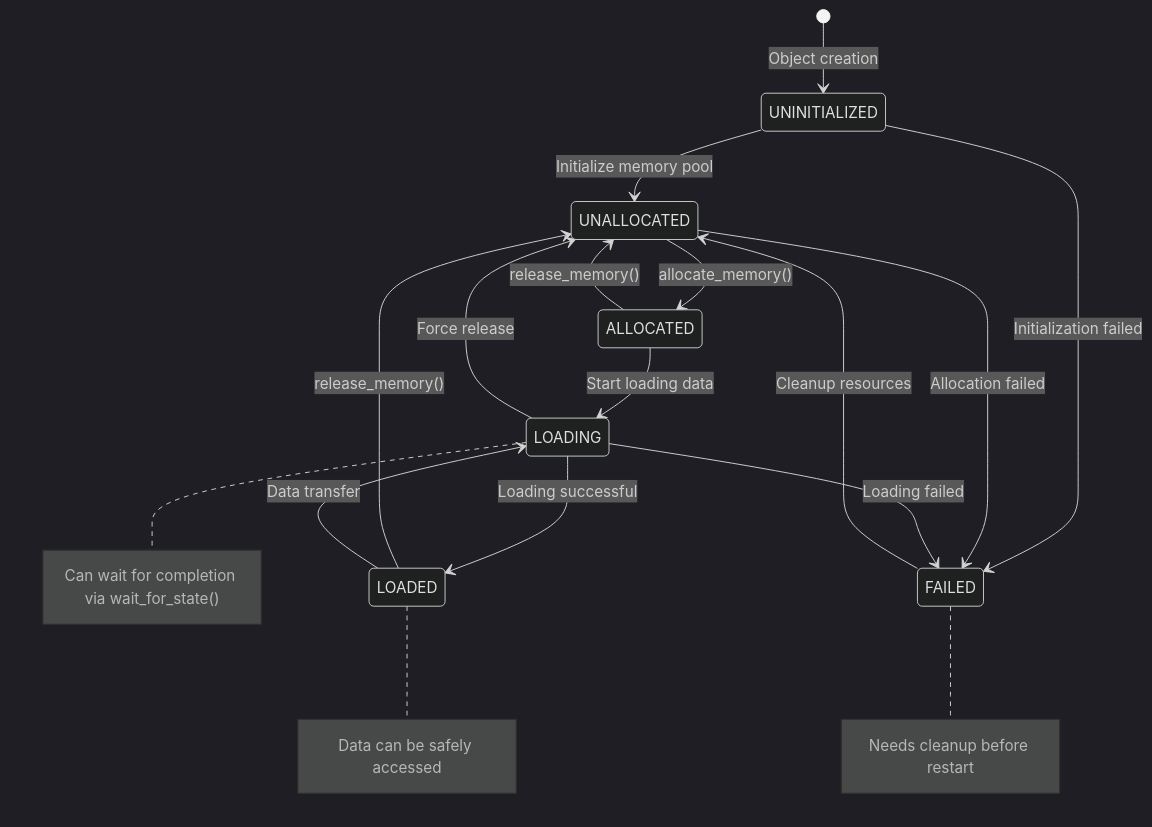
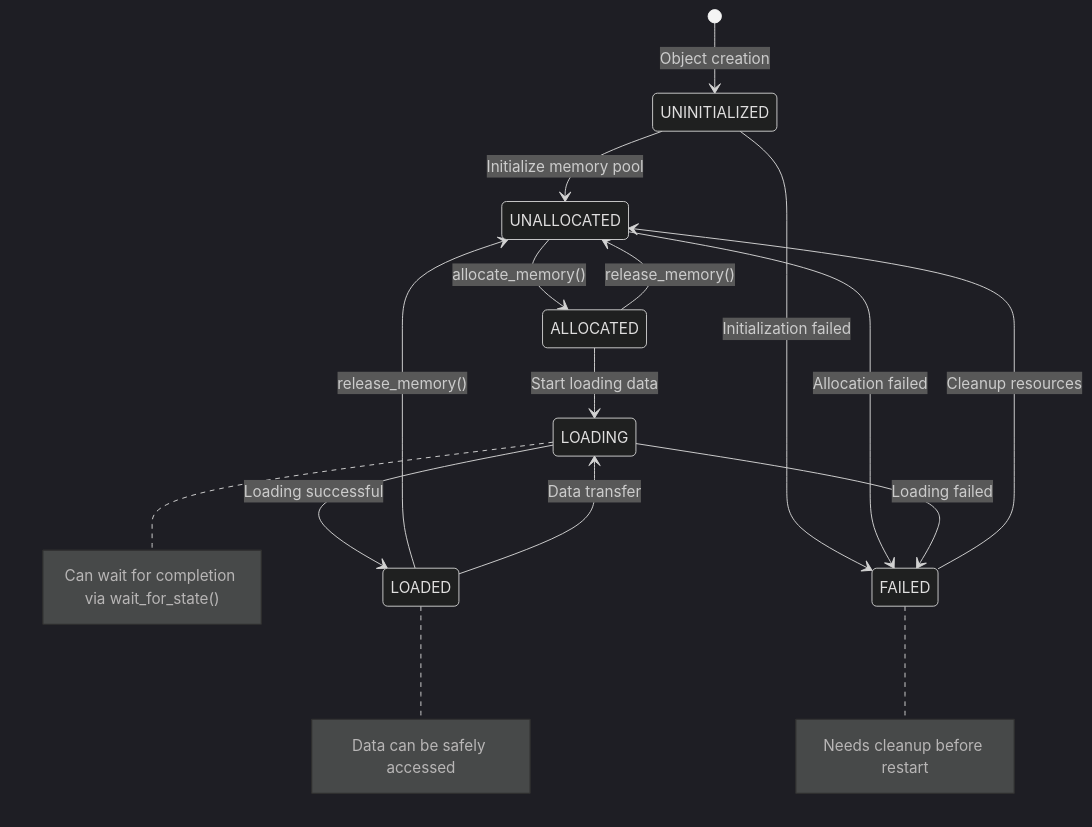
Before and after one commit to tensorcast-ai/tensorcast: the first of 7 diagrams in core/store/docs/state-management.md, drawn with Mermaid (dark theme). The commit also changed other lines of this file and 12 other files, not shown here.

````diff
--- a/core/store/docs/state-management.md
+++ b/core/store/docs/state-management.md
@@ -30,26 +30,25 @@
 ```mermaid
 stateDiagram-v2
     [*] --> UNINITIALIZED: Object creation
 
     UNINITIALIZED --> UNALLOCATED: Initialize memory pool
     UNINITIALIZED --> FAILED: Initialization failed
 
     UNALLOCATED --> ALLOCATED: allocate_memory()
     UNALLOCATED --> FAILED: Allocation failed
 
     ALLOCATED --> LOADING: Start loading data
     ALLOCATED --> UNALLOCATED: release_memory()
 
     LOADING --> LOADED: Loading successful
     LOADING --> FAILED: Loading failed
-    LOADING --> UNALLOCATED: Force release
 
     LOADED --> UNALLOCATED: release_memory()
     LOADED --> LOADING: Data transfer
 
     FAILED --> UNALLOCATED: Cleanup resources
 
     note right of LOADING: Can wait for completion via wait_for_state()
     note right of LOADED: Data can be safely accessed
     note right of FAILED: Needs cleanup before restart
 ```
````
